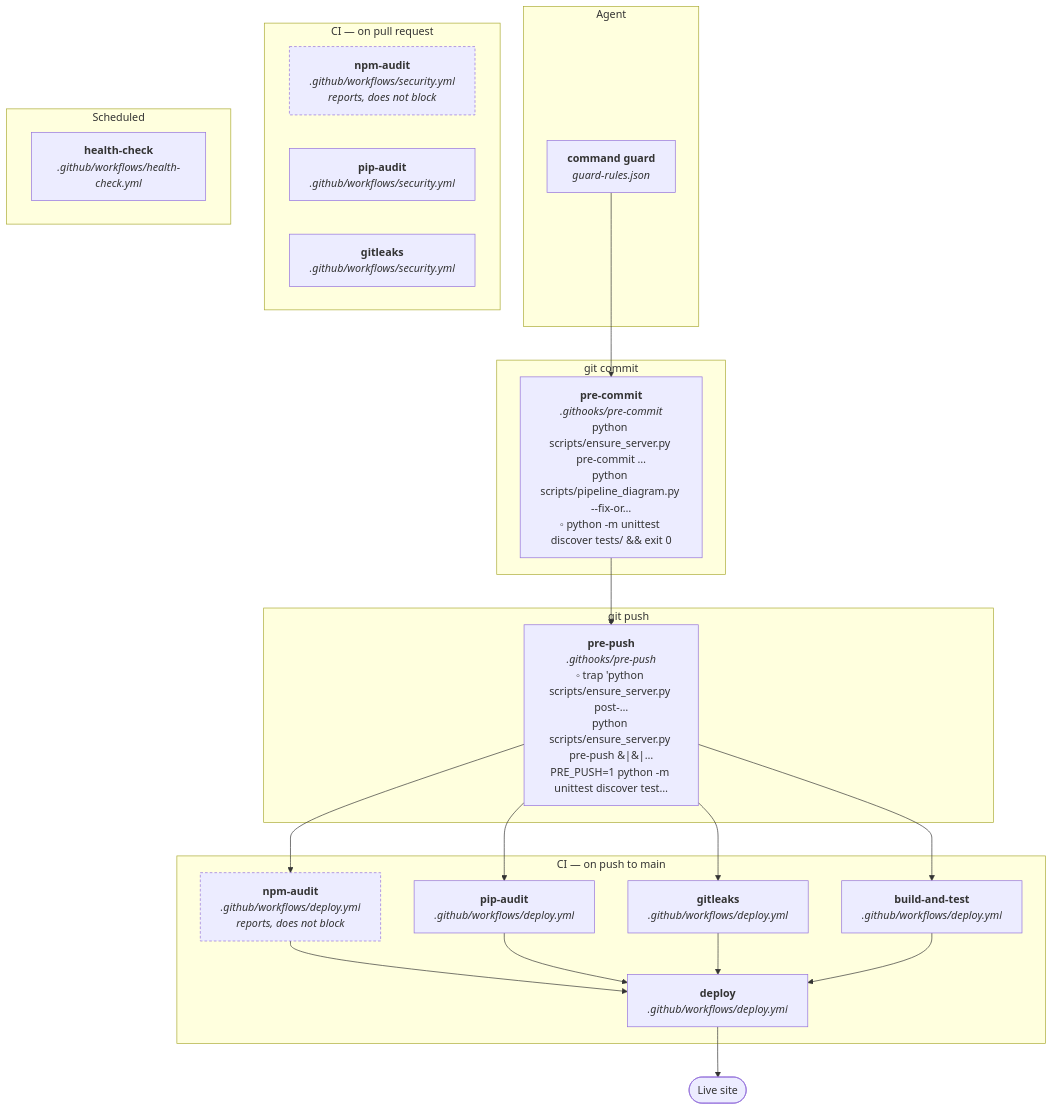
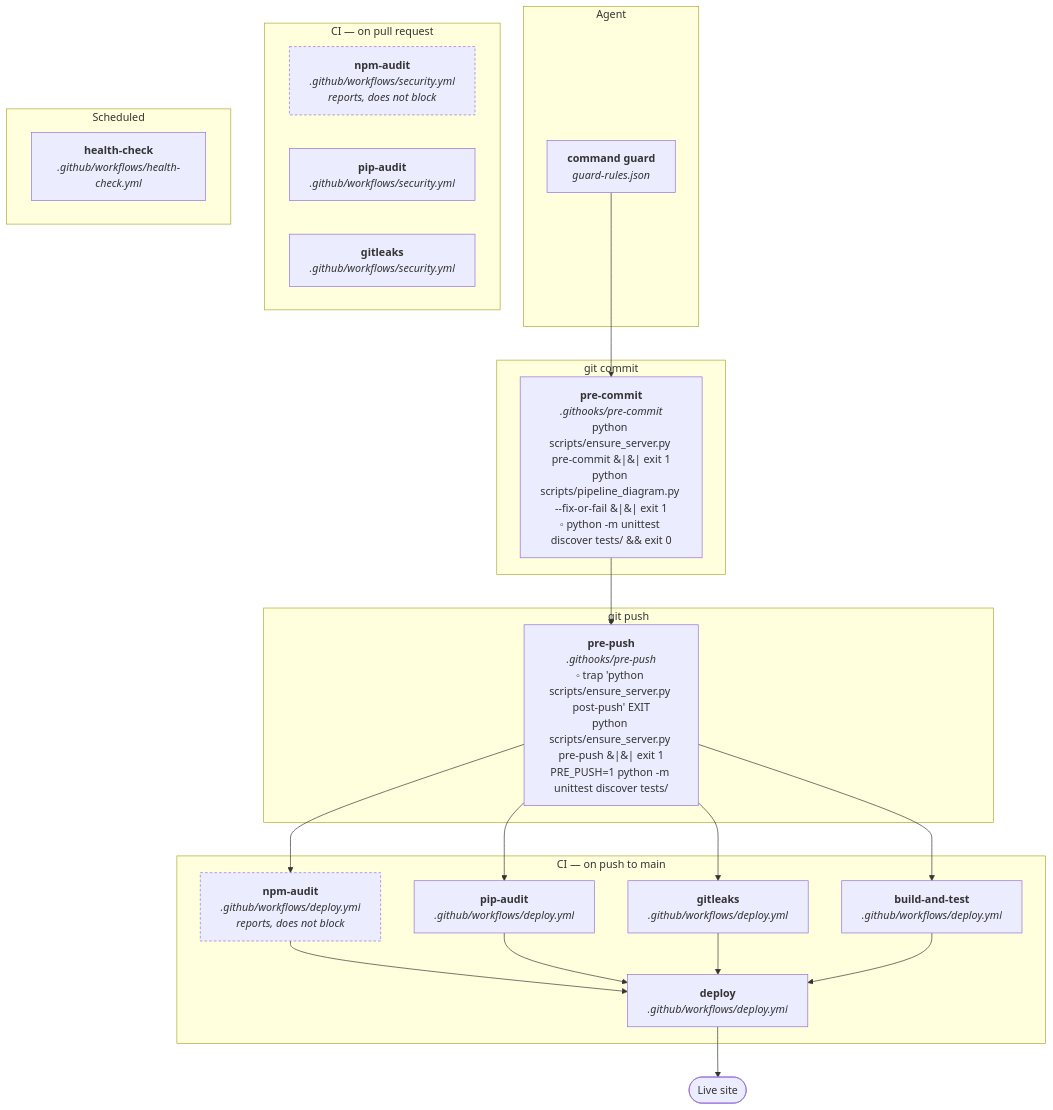
Before and after one commit to buedaswag/landing-page: the diagram in README.md, drawn with Mermaid. The commit also changed 1 other file, not shown here.

Commit message:
Show hook commands whole in the diagram
Labels were cut at 44 chars, which truncated exactly the meaningful part:
'ensure_server.py post-...' and 'ensure_server.py pre-...' differ only in the
end a short cut-off throws away.

````diff
--- a/README.md
+++ b/README.md
@@ -99,41 +99,41 @@
 ```mermaid
 graph TD
     subgraph agent["Agent"]
         command_guard["<b>command guard</b><br/><i>guard-rules.json</i>"]
     end
     subgraph commit["git commit"]
-        pre_commit["<b>pre-commit</b><br/><i>.githooks/pre-commit</i><br/>python scripts/ensure_server.py pre-commit …<br/>python scripts/pipeline_diagram.py --fix-or…<br/>◦ python -m unittest discover tests/ &amp;&amp; exit 0"]
+        pre_commit["<b>pre-commit</b><br/><i>.githooks/pre-commit</i><br/>python scripts/ensure_server.py pre-commit &#124;&#124; exit 1<br/>python scripts/pipeline_diagram.py --fix-or-fail &#124;&#124; exit 1<br/>◦ python -m unittest discover tests/ &amp;&amp; exit 0"]
     end
     subgraph push["git push"]
-        pre_push["<b>pre-push</b><br/><i>.githooks/pre-push</i><br/>◦ trap 'python scripts/ensure_server.py post-…<br/>python scripts/ensure_server.py pre-push &#124;&#124;…<br/>PRE_PUSH=1 python -m unittest discover test…"]
+        pre_push["<b>pre-push</b><br/><i>.githooks/pre-push</i><br/>◦ trap 'python scripts/ensure_server.py post-push' EXIT<br/>python scripts/ensure_server.py pre-push &#124;&#124; exit 1<br/>PRE_PUSH=1 python -m unittest discover tests/"]
     end
     subgraph ci["CI — on push to main"]
         deploy_npm_audit["<b>npm-audit</b><br/><i>.github/workflows/deploy.yml</i><br/><i>reports, does not block</i>"]
         deploy_pip_audit["<b>pip-audit</b><br/><i>.github/workflows/deploy.yml</i>"]
         deploy_gitleaks["<b>gitleaks</b><br/><i>.github/workflows/deploy.yml</i>"]
         deploy_build_and_test["<b>build-and-test</b><br/><i>.github/workflows/deploy.yml</i>"]
         deploy_deploy["<b>deploy</b><br/><i>.github/workflows/deploy.yml</i>"]
     end
     subgraph pr["CI — on pull request"]
         security_npm_audit["<b>npm-audit</b><br/><i>.github/workflows/security.yml</i><br/><i>reports, does not block</i>"]
         security_pip_audit["<b>pip-audit</b><br/><i>.github/workflows/security.yml</i>"]
         security_gitleaks["<b>gitleaks</b><br/><i>.github/workflows/security.yml</i>"]
     end
     subgraph scheduled["Scheduled"]
         health_check_health_check["<b>health-check</b><br/><i>.github/workflows/health-check.yml</i>"]
     end
     live(["Live site"])
     command_guard --> pre_commit
     pre_commit --> pre_push
     pre_push --> deploy_npm_audit
     pre_push --> deploy_pip_audit
     pre_push --> deploy_gitleaks
     pre_push --> deploy_build_and_test
     deploy_npm_audit --> deploy_deploy
     deploy_pip_audit --> deploy_deploy
     deploy_gitleaks --> deploy_deploy
     deploy_build_and_test --> deploy_deploy
     deploy_deploy --> live
     classDef reports stroke-dasharray: 4 3
     class deploy_npm_audit,security_npm_audit reports
 ```
````
